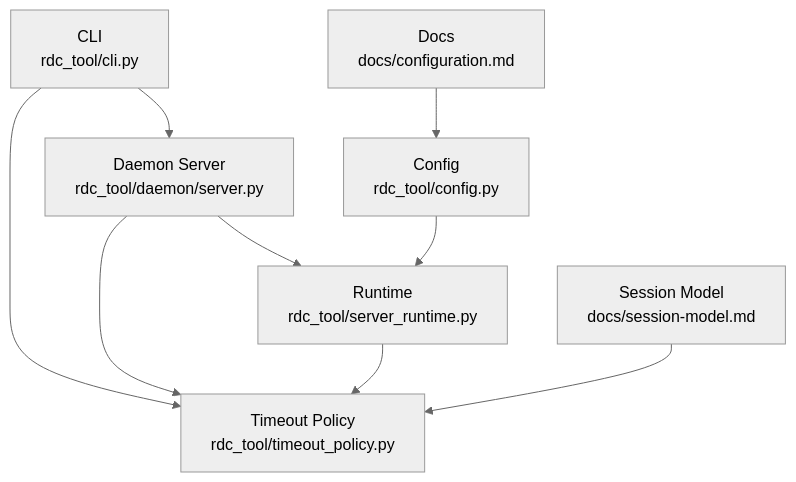
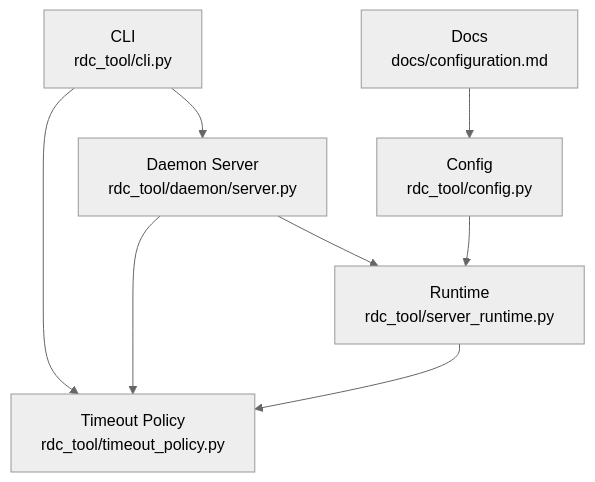
Before and after one commit to haolange/RDC-Tool: the first of 5 diagrams in .qoder/repowiki/zh/content/运行时管理/超时策略管理.md, drawn with Mermaid (neutral theme). The commit also changed other lines of this file and 79 other files, not shown here.

````diff
--- a/.qoder/repowiki/zh/content/运行时管理/超时策略管理.md
+++ b/.qoder/repowiki/zh/content/运行时管理/超时策略管理.md
@@ -51,11 +49,10 @@
 ```mermaid
 graph TB
 A["CLI<br/>rdc_tool/cli.py"] --> B["Daemon Server<br/>rdc_tool/daemon/server.py"]
 B --> C["Runtime<br/>rdc_tool/server_runtime.py"]
 A --> D["Timeout Policy<br/>rdc_tool/timeout_policy.py"]
 B --> D
 C --> D
 E["Config<br/>rdc_tool/config.py"] --> C
 F["Docs<br/>docs/configuration.md"] --> E
-G["Session Model<br/>docs/session-model.md"] --> D
 ```
````
